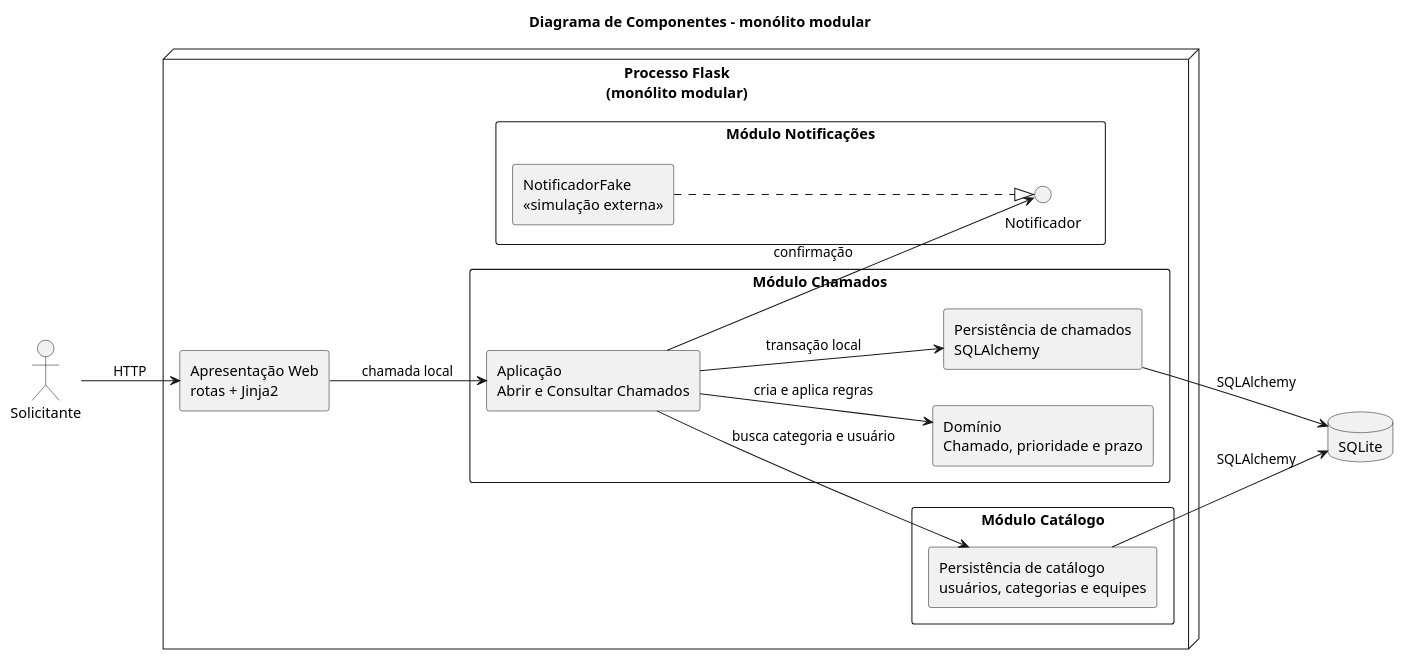
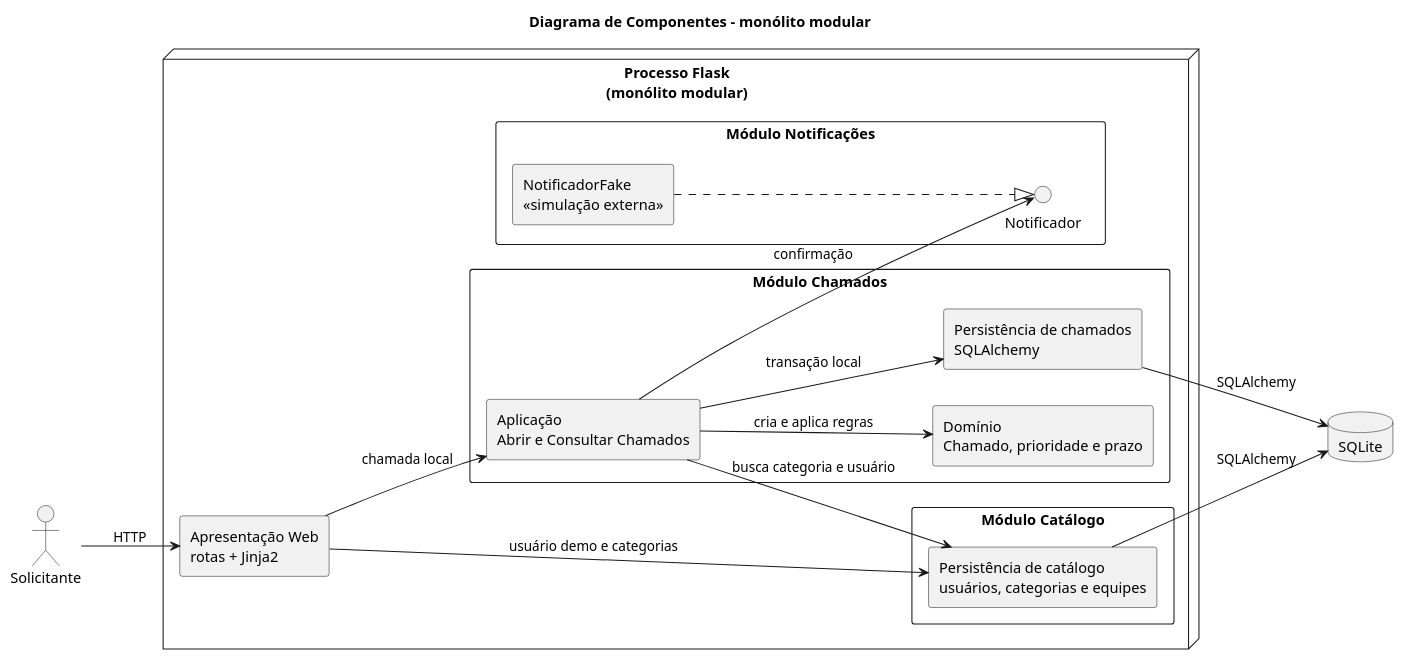
The diagram in docs/diagramas/componentes.puml (ricardobacano/Trabalho-Design-), drawn with PlantUML before and after one commit. The commit also changed 4 other files, not shown here.

Commit message:
docs: alinhar arquitetura, diagrama e cenários de evolução

```diff
--- a/docs/diagramas/componentes.puml
+++ b/docs/diagramas/componentes.puml
@@ -1,39 +1,40 @@
 @startuml
 title Diagrama de Componentes - monólito modular
 skinparam componentStyle rectangle
 skinparam packageStyle rectangle
 left to right direction
 
 actor Solicitante
 
 node "Processo Flask\n(monólito modular)" {
   component "Apresentação Web\nrotas + Jinja2" as Web
 
   package "Módulo Chamados" {
     component "Aplicação\nAbrir e Consultar Chamados" as App
     component "Domínio\nChamado, prioridade e prazo" as Domain
     component "Persistência de chamados\nSQLAlchemy" as TicketPersistence
   }
 
   package "Módulo Catálogo" {
     component "Persistência de catálogo\nusuários, categorias e equipes" as Catalog
   }
 
   package "Módulo Notificações" {
     interface Notificador
     component "NotificadorFake\n<<simulação externa>>" as Fake
   }
 }
 
 database "SQLite" as DB
 
 Solicitante --> Web : HTTP
 Web --> App : chamada local
+Web --> Catalog : usuário demo e categorias
 App --> Domain : cria e aplica regras
 App --> Catalog : busca categoria e usuário
 App --> TicketPersistence : transação local
 App --> Notificador : confirmação
 Fake ..|> Notificador
 TicketPersistence --> DB : SQLAlchemy
 Catalog --> DB : SQLAlchemy
 @enduml
```
